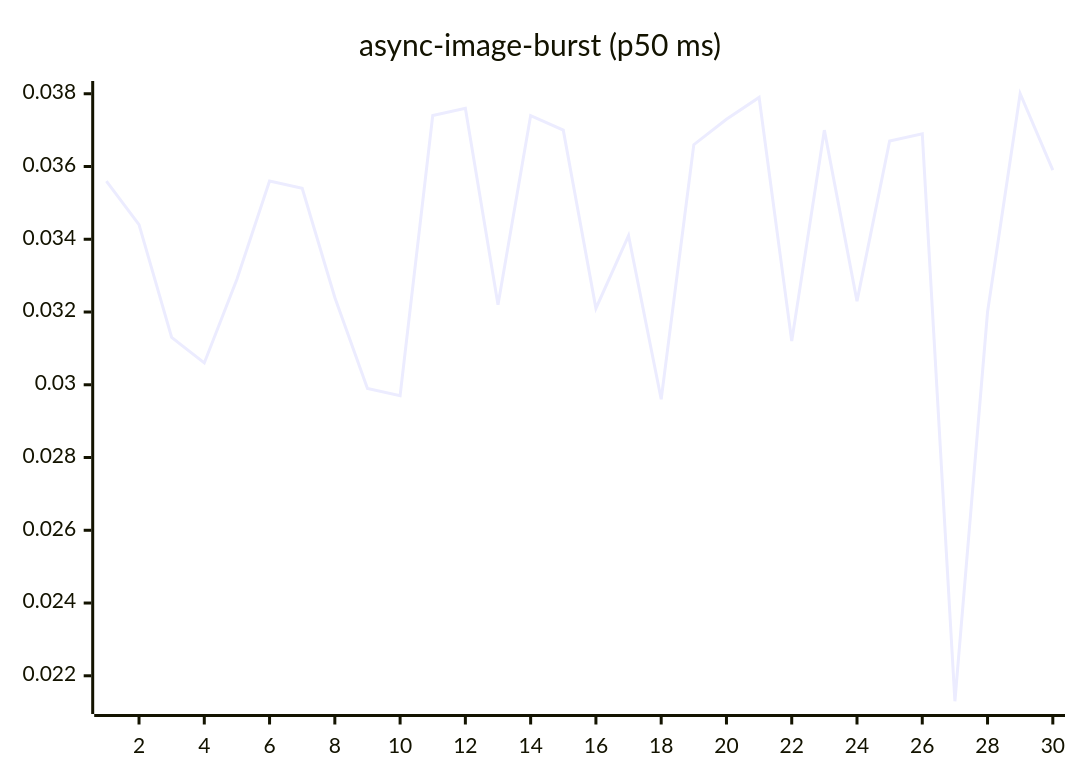
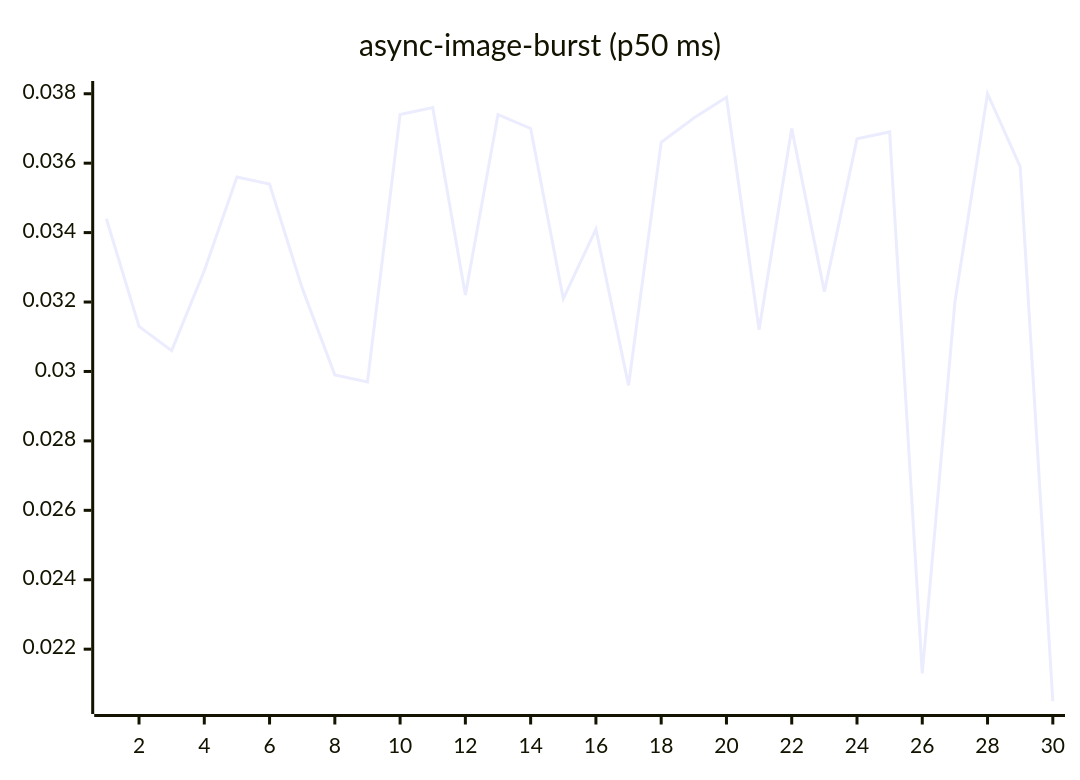
Before and after one commit to josha/Facet: the fourth of 27 diagrams in README.md, drawn with Mermaid. The commit also changed other lines of this file and 2 other files, not shown here.

````diff
--- a/README.md
+++ b/README.md
@@ -84,6 +84,6 @@
 ```mermaid
 xychart-beta
     title "async-image-burst (p50 ms)"
     x-axis 1 --> 30
-    line [0.0356, 0.0344, 0.0313, 0.0306, 0.0329, 0.0356, 0.0354, 0.0324, 0.0299, 0.0297, 0.0374, 0.0376, 0.0322, 0.0374, 0.0370, 0.0321, 0.0341, 0.0296, 0.0366, 0.0373, 0.0379, 0.0312, 0.0370, 0.0323, 0.0367, 0.0369, 0.0213, 0.0320, 0.0380, 0.0359]
+    line [0.0344, 0.0313, 0.0306, 0.0329, 0.0356, 0.0354, 0.0324, 0.0299, 0.0297, 0.0374, 0.0376, 0.0322, 0.0374, 0.0370, 0.0321, 0.0341, 0.0296, 0.0366, 0.0373, 0.0379, 0.0312, 0.0370, 0.0323, 0.0367, 0.0369, 0.0213, 0.0320, 0.0380, 0.0359, 0.0205]
 ```
````
